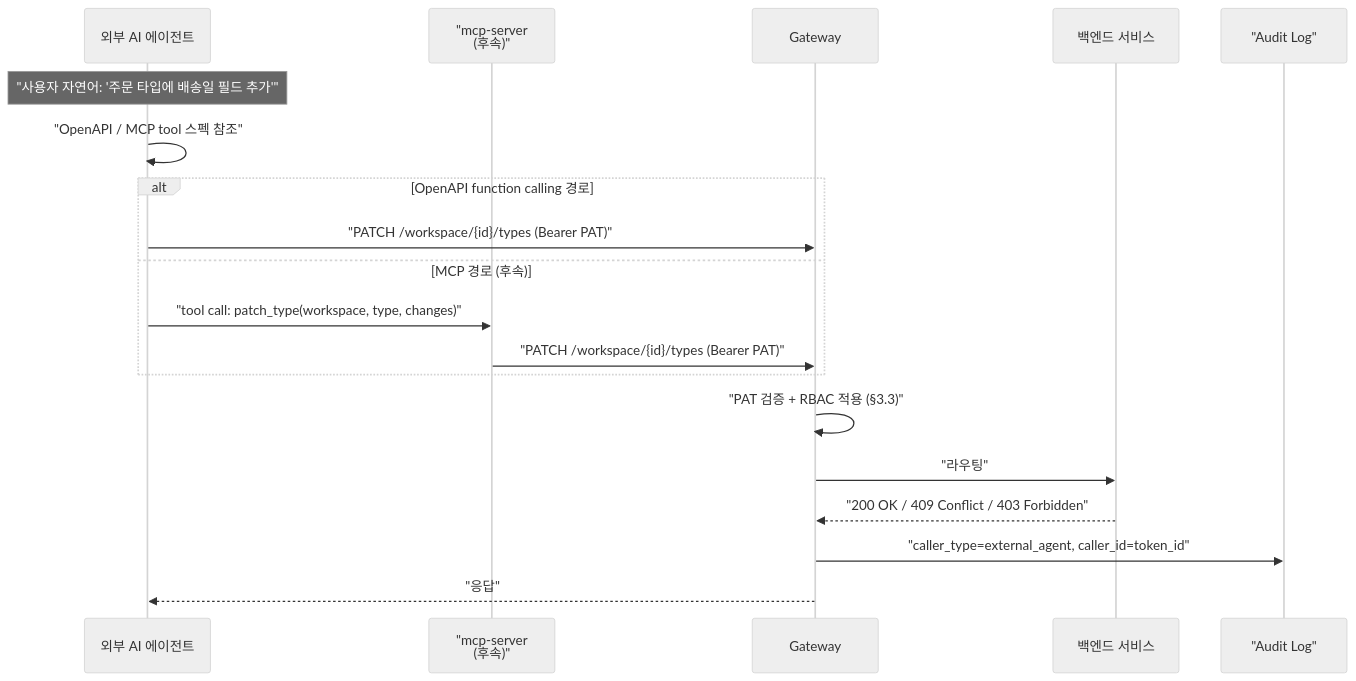
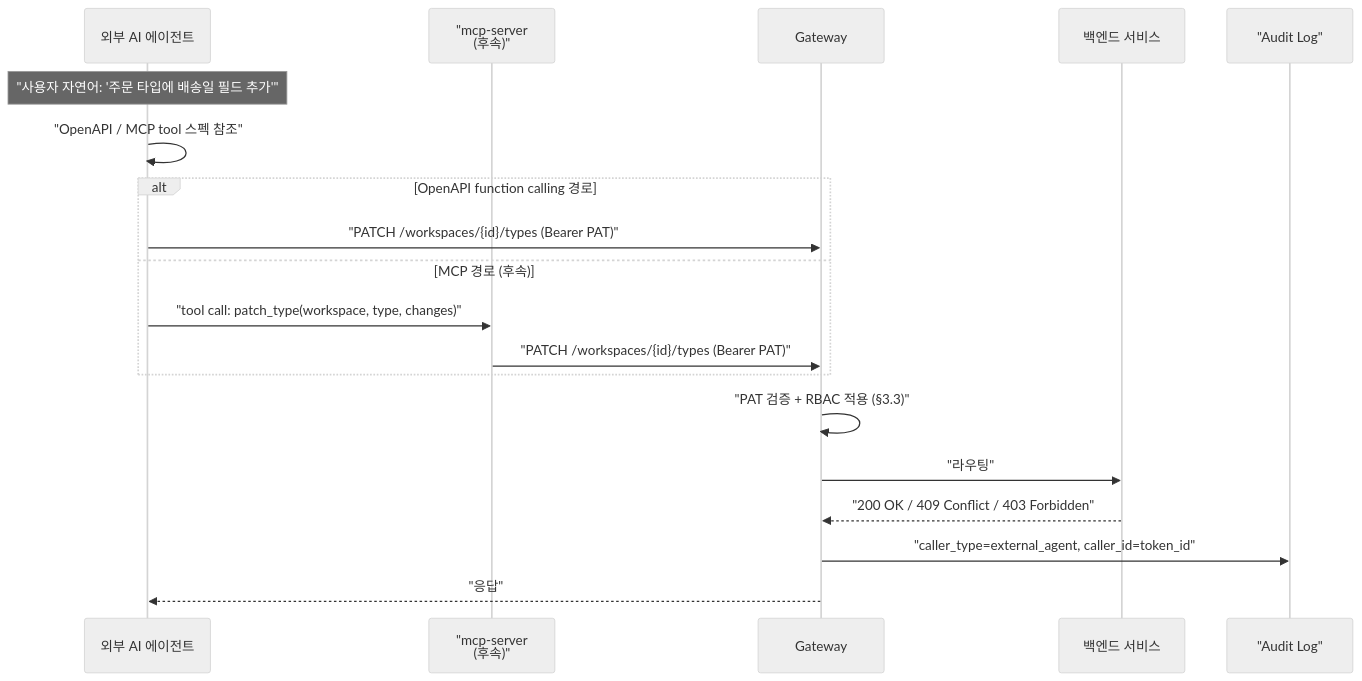
One commit to sayaya1090/handbook changed diagram 21 of 28 in docs/usecases.md. Above: the diagram before and after it, drawn with Mermaid (neutral theme). The commit also changed other lines of this file and 58 other files, not shown here.

````diff
--- a/docs/usecases.md
+++ b/docs/usecases.md
@@ -1547,22 +1547,22 @@
 ```mermaid
 sequenceDiagram
     participant EA as 외부 AI 에이전트
     participant MCP as "mcp-server<br/>(후속)"
     participant GW as Gateway
     participant SVC as 백엔드 서비스
     participant AUD as "Audit Log"
 
     Note over EA: "사용자 자연어: '주문 타입에 배송일 필드 추가'"
     EA->>EA: "OpenAPI / MCP tool 스펙 참조"
     alt OpenAPI function calling 경로
-        EA->>GW: "PATCH /workspace/{id}/types (Bearer PAT)"
+        EA->>GW: "PATCH /workspaces/{id}/types (Bearer PAT)"
     else MCP 경로 (후속)
         EA->>MCP: "tool call: patch_type(workspace, type, changes)"
-        MCP->>GW: "PATCH /workspace/{id}/types (Bearer PAT)"
+        MCP->>GW: "PATCH /workspaces/{id}/types (Bearer PAT)"
     end
     GW->>GW: "PAT 검증 + RBAC 적용 (§3.3)"
     GW->>SVC: "라우팅"
     SVC-->>GW: "200 OK / 409 Conflict / 403 Forbidden"
     GW->>AUD: "caller_type=external_agent, caller_id=token_id"
     GW-->>EA: "응답"
 ```
````
